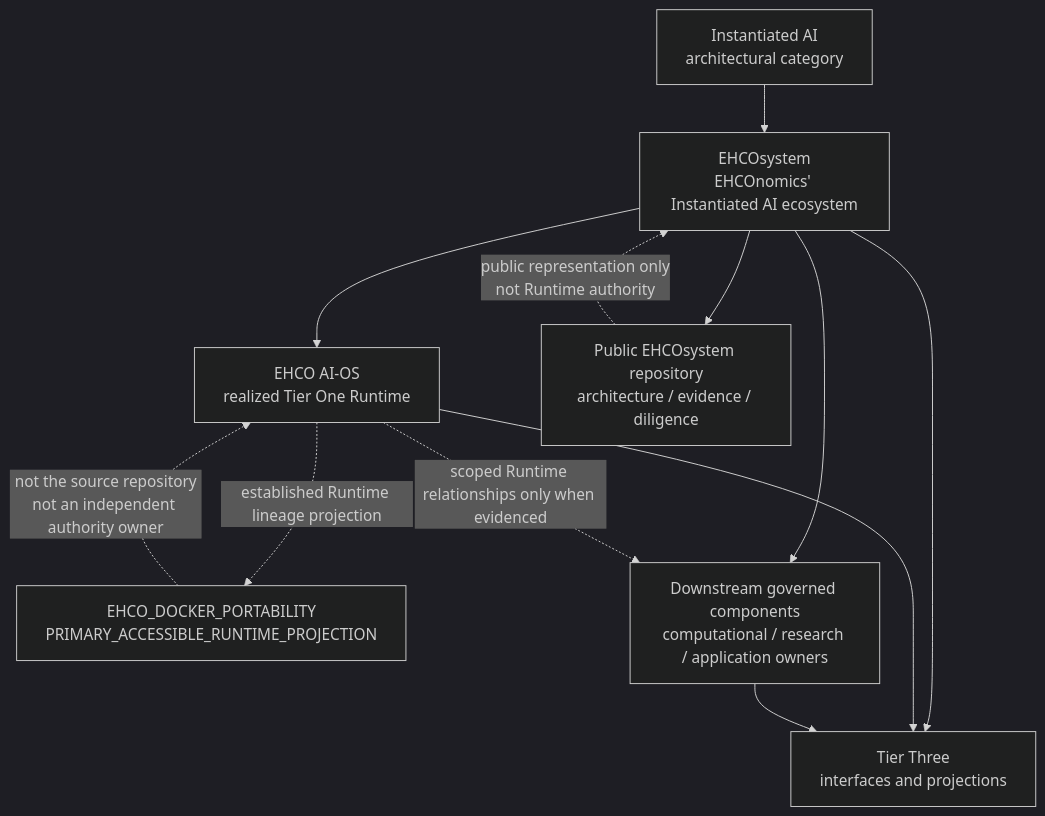
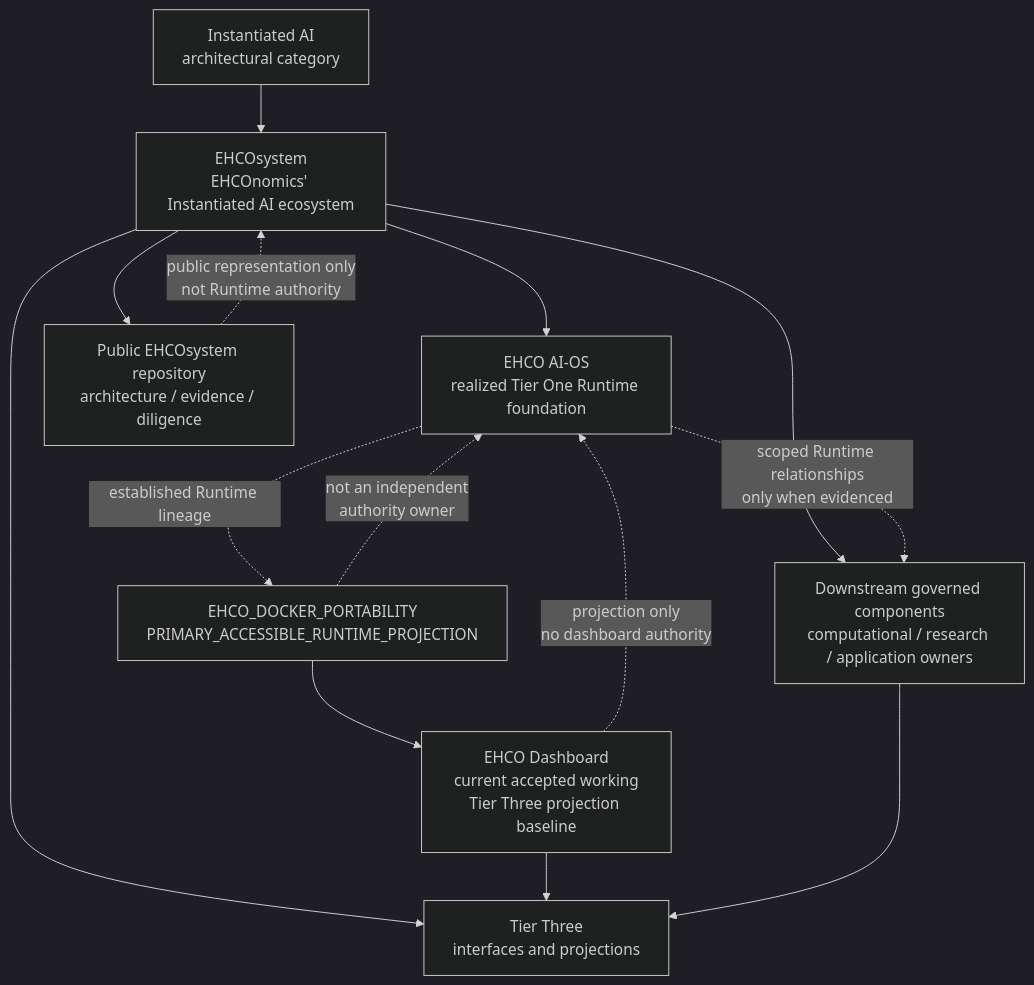
Before and after one commit to EHCOnomics-Systems/EHCOsystem: the first of 4 diagrams in architecture/diagrams/README.md, drawn with Mermaid (dark theme). The commit also changed other lines of this file and 14 other files, not shown here.

````diff
--- a/architecture/diagrams/README.md
+++ b/architecture/diagrams/README.md
@@ -19,23 +20,26 @@
 ```mermaid
 flowchart TD
     A[Instantiated AI<br/>architectural category]
     B[EHCOsystem<br/>EHCOnomics' Instantiated AI ecosystem]
-    C[EHCO AI-OS<br/>realized Tier One Runtime]
+    C[EHCO AI-OS<br/>realized Tier One Runtime foundation]
     D[EHCO_DOCKER_PORTABILITY<br/>PRIMARY_ACCESSIBLE_RUNTIME_PROJECTION]
+    H[EHCO Dashboard<br/>current accepted working<br/>Tier Three projection baseline]
     E[Downstream governed components<br/>computational / research / application owners]
     F[Tier Three<br/>interfaces and projections]
     G[Public EHCOsystem repository<br/>architecture / evidence / diligence]
 
     A --> B
     B --> C
     B --> E
     B --> F
-    C -. established Runtime lineage projection .-> D
-    C -. scoped Runtime relationships only when evidenced .-> E
-    C --> F
+    C -. established Runtime lineage .-> D
+    D --> H
+    H --> F
+    C -. scoped Runtime relationships<br/>only when evidenced .-> E
     E --> F
     B --> G
 
-    D -. not the source repository<br/>not an independent authority owner .-> C
+    D -. not an independent<br/>authority owner .-> C
+    H -. projection only<br/>no dashboard authority .-> C
     G -. public representation only<br/>not Runtime authority .-> B
 ```
````
